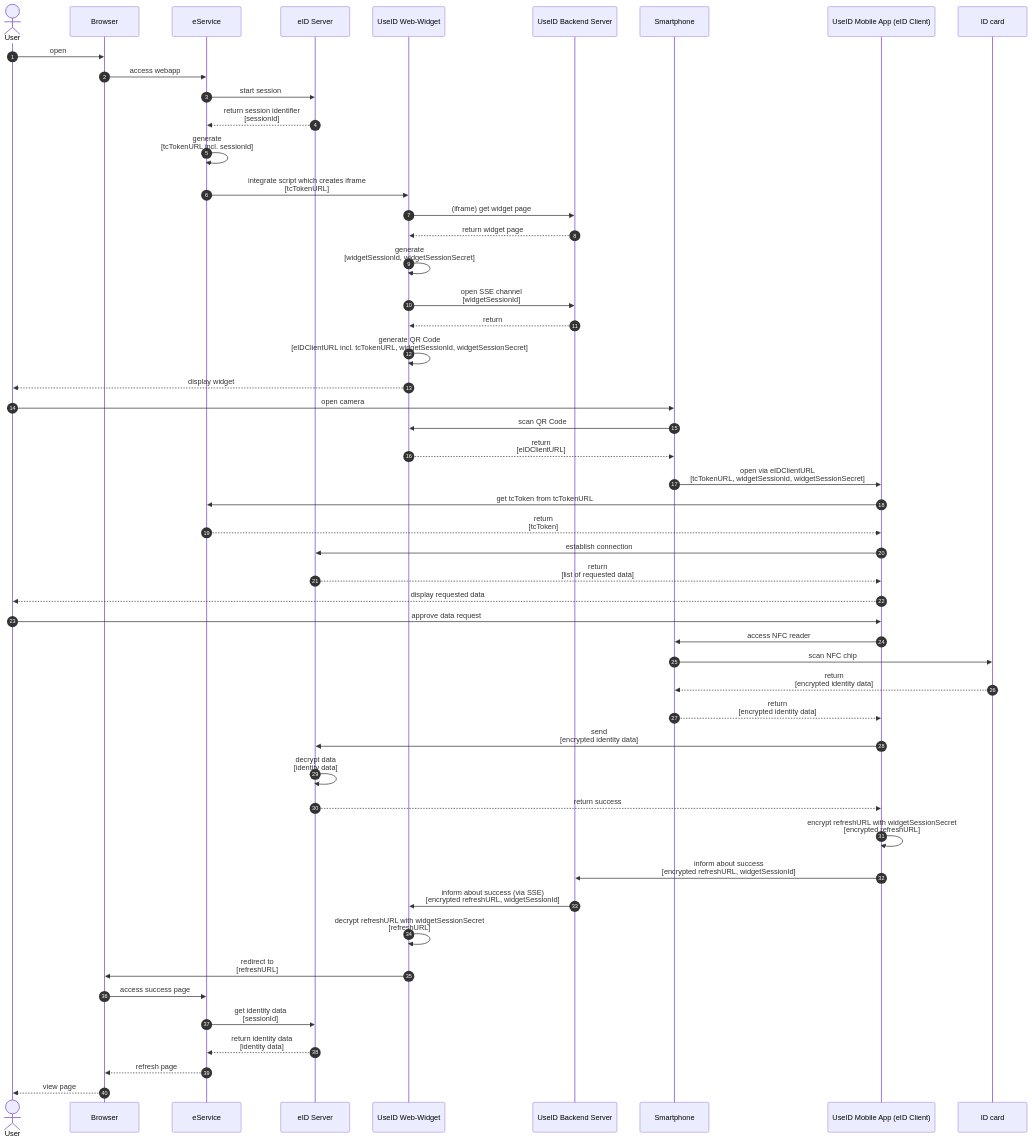
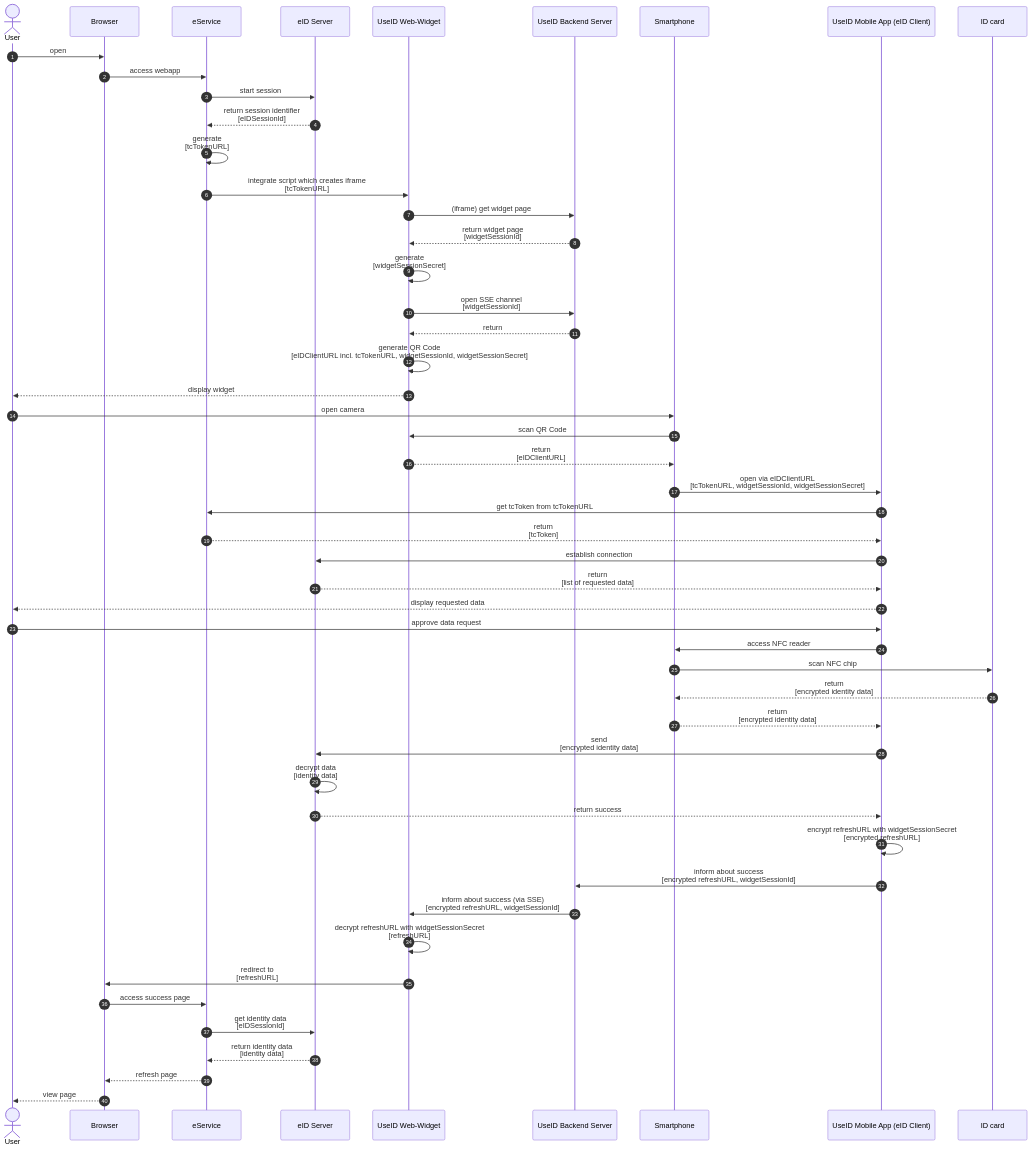
One commit to digitalservice4germany/useid-architecture changed the diagram in doc/eID/eid-flow-magnus.md. Above: the diagram before and after it, drawn with Mermaid. The commit also changed 1 other file, not shown here.

Commit message:
Fix session ids in sequence diagrams (#7)

````diff
--- a/doc/eID/eid-flow-magnus.md
+++ b/doc/eID/eid-flow-magnus.md
@@ -6,55 +6,55 @@
 ```mermaid
 sequenceDiagram
     autonumber
     
     actor user as User
     participant browser as Browser
     participant eService as eService
     participant server as eID Server
     participant widget as UseID Web-Widget
     participant backend as UseID Backend Server
     participant smartphone as Smartphone
     participant app as UseID Mobile App (eID Client)
     participant id as ID card
     
     user ->> browser: open
     browser ->> eService: access webapp
     eService ->> server: start session
-    server -->> eService: return session identifier <br>[sessionId]
-    eService ->> eService: generate <br>[tcTokenURL incl. sessionId]
+    server -->> eService: return session identifier <br>[eIDSessionId]
+    eService ->> eService: generate <br>[tcTokenURL]
     eService ->> widget: integrate script which creates iframe <br>[tcTokenURL]
     widget ->> backend: (iframe) get widget page
-    backend -->> widget: return widget page
-    widget ->> widget: generate <br>[widgetSessionId, widgetSessionSecret]
+    backend -->> widget: return widget page <br>[widgetSessionId]
+    widget ->> widget: generate <br>[widgetSessionSecret]
     widget ->> backend: open SSE channel <br>[widgetSessionId]
     backend -->> widget: return
     widget ->> widget: generate QR Code <br>[eIDClientURL incl. tcTokenURL, widgetSessionId, widgetSessionSecret]
     widget -->> user: display widget
     user ->> smartphone: open camera
     smartphone ->> widget: scan QR Code
     widget -->> smartphone: return <br>[eIDClientURL]
     smartphone ->> app: open via eIDClientURL <br>[tcTokenURL, widgetSessionId, widgetSessionSecret]
     app ->> eService: get tcToken from tcTokenURL
     eService -->> app: return <br>[tcToken]
     app ->> server: establish connection
     server -->> app: return <br>[list of requested data]
     app -->> user: display requested data
     user ->> app: approve data request
     app ->> smartphone: access NFC reader
     smartphone ->> id: scan NFC chip
     id -->> smartphone: return <br>[encrypted identity data]
     smartphone -->> app: return <br>[encrypted identity data]
     app ->> server: send <br>[encrypted identity data]
     server ->> server: decrypt data <br>[identity data] 
     server -->> app: return success
     app ->> app: encrypt refreshURL with widgetSessionSecret <br>[encrypted refreshURL]
     app ->> backend: inform about success <br>[encrypted refreshURL, widgetSessionId]
     backend ->> widget: inform about success (via SSE) <br>[encrypted refreshURL, widgetSessionId]
     widget ->> widget: decrypt refreshURL with widgetSessionSecret <br>[refreshURL]
     widget ->> browser: redirect to <br>[refreshURL]
     browser ->> eService: access success page
-    eService ->> server: get identity data <br>[sessionId]
+    eService ->> server: get identity data <br>[eIDSessionId]
     server -->> eService: return identity data <br>[identity data]
     eService -->> browser: refresh page
     browser -->> user: view page
 ```
````
